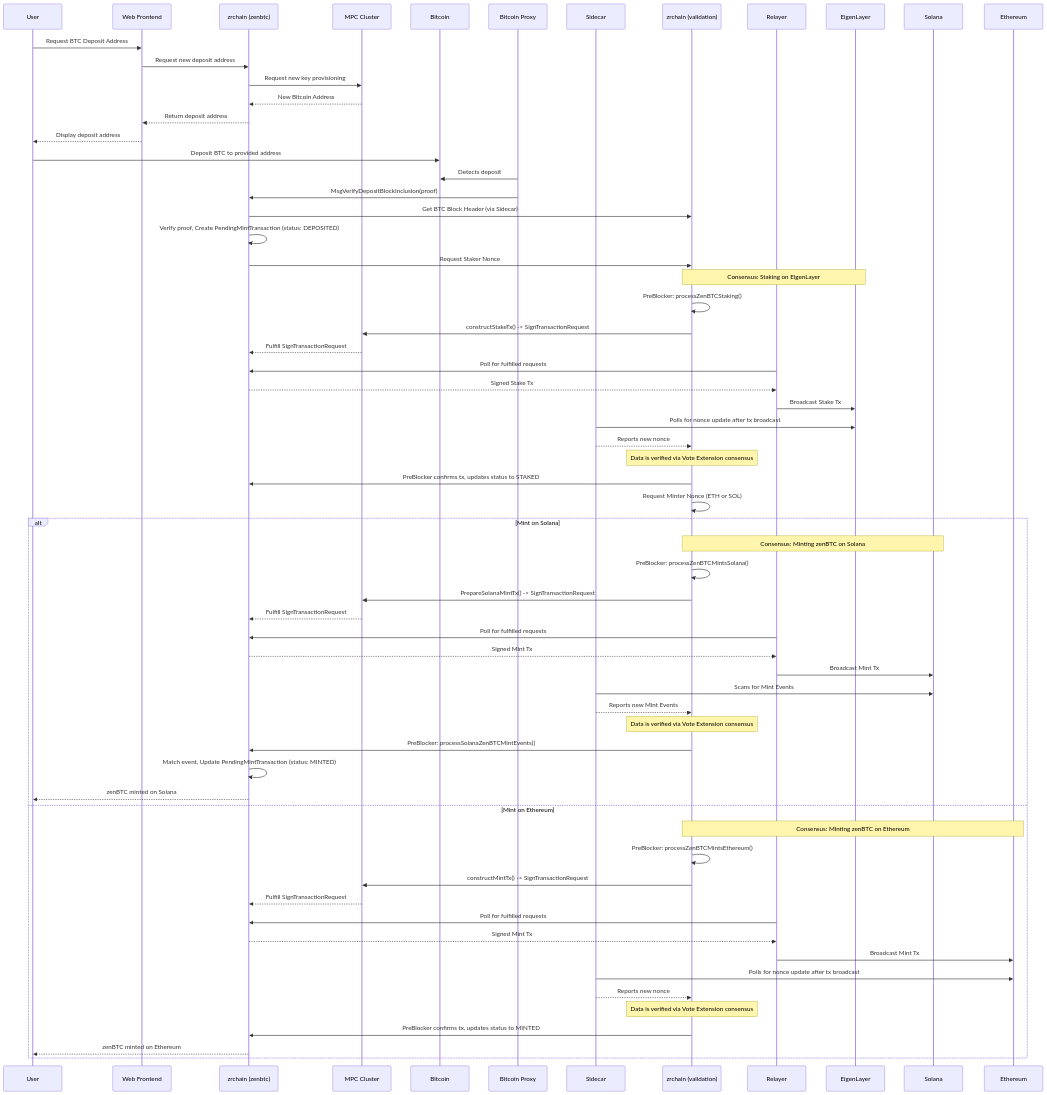
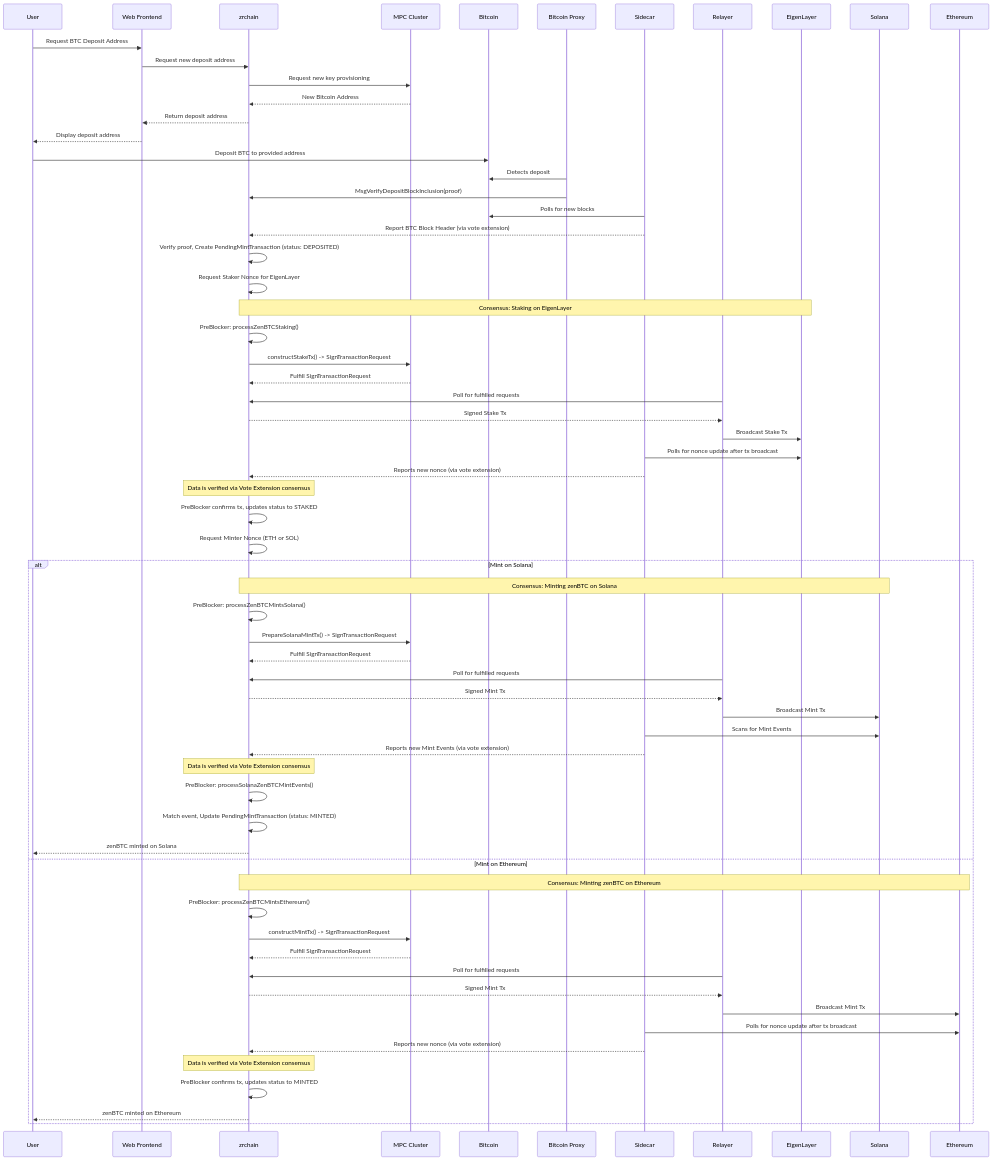
Before and after one commit to zenrocklabs/zrchain: the first of 4 diagrams in docs/README.md, drawn with Mermaid. The commit also changed other lines of this file, not shown here.

````diff
--- a/docs/README.md
+++ b/docs/README.md
@@ -13,75 +13,77 @@
 ```mermaid
 sequenceDiagram
     participant User
     participant Web Frontend
-    participant zrchain as zrchain (zenbtc)
+    participant zrchain
     participant MPC Cluster
     participant Bitcoin
     participant Bitcoin Proxy
     participant Sidecar
-    participant zrchain_val as zrchain (validation)
     participant Relayer
     participant EigenLayer
     participant Solana
     participant Ethereum
 
     User->>Web Frontend: Request BTC Deposit Address
     Web Frontend->>zrchain: Request new deposit address
     zrchain->>MPC Cluster: Request new key provisioning
     MPC Cluster-->>zrchain: New Bitcoin Address
     zrchain-->>Web Frontend: Return deposit address
     Web Frontend-->>User: Display deposit address
 
     User->>Bitcoin: Deposit BTC to provided address
+    
     Bitcoin Proxy->>Bitcoin: Detects deposit
     Bitcoin Proxy->>zrchain: MsgVerifyDepositBlockInclusion(proof)
 
-    zrchain->>zrchain_val: Get BTC Block Header (via Sidecar)
+    Sidecar->>Bitcoin: Polls for new blocks
+    Sidecar-->>zrchain: Report BTC Block Header (via vote extension)
+    
     zrchain->>zrchain: Verify proof, Create PendingMintTransaction (status: DEPOSITED)
-    zrchain->>zrchain_val: Request Staker Nonce
+    zrchain->>zrchain: Request Staker Nonce for EigenLayer
 
-    Note over zrchain_val,EigenLayer: Consensus: Staking on EigenLayer
-    zrchain_val->>zrchain_val: PreBlocker: processZenBTCStaking()
-    zrchain_val->>MPC Cluster: constructStakeTx() -> SignTransactionRequest
+    Note over zrchain,EigenLayer: Consensus: Staking on EigenLayer
+    zrchain->>zrchain: PreBlocker: processZenBTCStaking()
+    zrchain->>MPC Cluster: constructStakeTx() -> SignTransactionRequest
     MPC Cluster-->>zrchain: Fulfill SignTransactionRequest
     Relayer->>zrchain: Poll for fulfilled requests
     zrchain-->>Relayer: Signed Stake Tx
     Relayer->>EigenLayer: Broadcast Stake Tx
 
     Sidecar->>EigenLayer: Polls for nonce update after tx broadcast
-    Sidecar-->>zrchain_val: Reports new nonce
-    Note over zrchain_val: Data is verified via Vote Extension consensus
-    zrchain_val->>zrchain: PreBlocker confirms tx, updates status to STAKED
-    zrchain_val->>zrchain_val: Request Minter Nonce (ETH or SOL)
+    Sidecar-->>zrchain: Reports new nonce (via vote extension)
+    Note over zrchain: Data is verified via Vote Extension consensus
+    zrchain->>zrchain: PreBlocker confirms tx, updates status to STAKED
+    zrchain->>zrchain: Request Minter Nonce (ETH or SOL)
 
     alt Mint on Solana
-        Note over zrchain_val,Solana: Consensus: Minting zenBTC on Solana
-        zrchain_val->>zrchain_val: PreBlocker: processZenBTCMintsSolana()
-        zrchain_val->>MPC Cluster: PrepareSolanaMintTx() -> SignTransactionRequest
+        Note over zrchain,Solana: Consensus: Minting zenBTC on Solana
+        zrchain->>zrchain: PreBlocker: processZenBTCMintsSolana()
+        zrchain->>MPC Cluster: PrepareSolanaMintTx() -> SignTransactionRequest
         MPC Cluster-->>zrchain: Fulfill SignTransactionRequest
         Relayer->>zrchain: Poll for fulfilled requests
         zrchain-->>Relayer: Signed Mint Tx
         Relayer->>Solana: Broadcast Mint Tx
         
         Sidecar->>Solana: Scans for Mint Events
-        Sidecar-->>zrchain_val: Reports new Mint Events
-        Note over zrchain_val: Data is verified via Vote Extension consensus
-        zrchain_val->>zrchain: PreBlocker: processSolanaZenBTCMintEvents()
+        Sidecar-->>zrchain: Reports new Mint Events (via vote extension)
+        Note over zrchain: Data is verified via Vote Extension consensus
+        zrchain->>zrchain: PreBlocker: processSolanaZenBTCMintEvents()
         zrchain->>zrchain: Match event, Update PendingMintTransaction (status: MINTED)
         zrchain-->>User: zenBTC minted on Solana
     else Mint on Ethereum
-        Note over zrchain_val,Ethereum: Consensus: Minting zenBTC on Ethereum
-        zrchain_val->>zrchain_val: PreBlocker: processZenBTCMintsEthereum()
-        zrchain_val->>MPC Cluster: constructMintTx() -> SignTransactionRequest
+        Note over zrchain,Ethereum: Consensus: Minting zenBTC on Ethereum
+        zrchain->>zrchain: PreBlocker: processZenBTCMintsEthereum()
+        zrchain->>MPC Cluster: constructMintTx() -> SignTransactionRequest
         MPC Cluster-->>zrchain: Fulfill SignTransactionRequest
         Relayer->>zrchain: Poll for fulfilled requests
         zrchain-->>Relayer: Signed Mint Tx
         Relayer->>Ethereum: Broadcast Mint Tx
 
         Sidecar->>Ethereum: Polls for nonce update after tx broadcast
-        Sidecar-->>zrchain_val: Reports new nonce
-        Note over zrchain_val: Data is verified via Vote Extension consensus
-        zrchain_val->>zrchain: PreBlocker confirms tx, updates status to MINTED
+        Sidecar-->>zrchain: Reports new nonce (via vote extension)
+        Note over zrchain: Data is verified via Vote Extension consensus
+        zrchain->>zrchain: PreBlocker confirms tx, updates status to MINTED
         zrchain-->>User: zenBTC minted on Ethereum
     end
 ```
````
